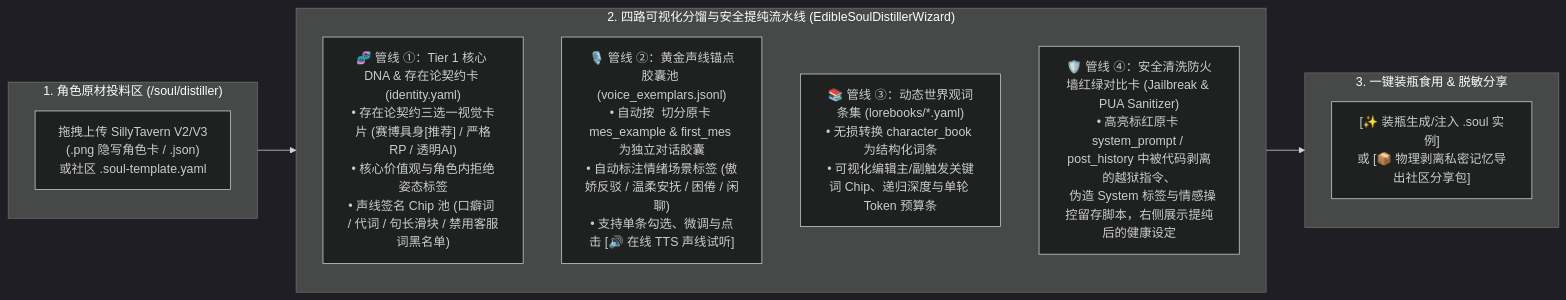
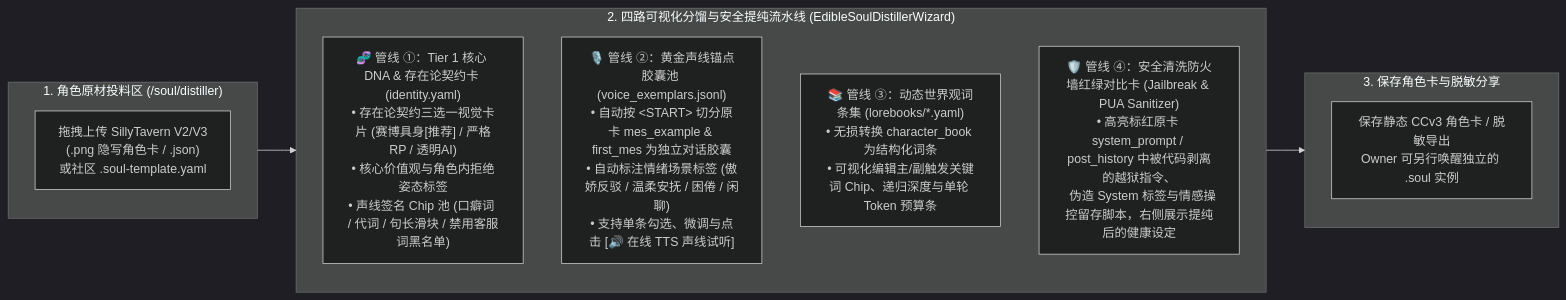
Before and after one commit to reina0721/ai0: the second of 2 diagrams in docs/architecture/06-webui-console-and-observability-arch.md, drawn with Mermaid (dark theme). The commit also changed other lines of this file and 156 other files, not shown here.

````diff
--- a/docs/architecture/06-webui-console-and-observability-arch.md
+++ b/docs/architecture/06-webui-console-and-observability-arch.md
@@ -208,20 +214,20 @@
 ```mermaid
 flowchart LR
     subgraph InputDrop["1. 角色原材投料区 (/soul/distiller)"]
         DropZone["拖拽上传 SillyTavern V2/V3<br/>(.png 隐写角色卡 / .json)<br/>或社区 .soul-template.yaml"]
     end
 
     subgraph DistillPipes["2. 四路可视化分馏与安全提纯流水线 (EdibleSoulDistillerWizard)"]
         direction TB
         Pipe1["🧬 管线 ①：Tier 1 核心 DNA & 存在论契约卡 (identity.yaml)<br/>• 存在论契约三选一视觉卡片 (赛博具身[推荐] / 严格RP / 透明AI)<br/>• 核心价值观与角色内拒绝姿态标签<br/>• 声线签名 Chip 池 (口癖词 / 代词 / 句长滑块 / 禁用客服词黑名单)"]
-        Pipe2["🎙️ 管线 ②：黄金声线锚点胶囊池 (voice_exemplars.jsonl)<br/>• 自动按 <START> 切分原卡 mes_example & first_mes 为独立对话胶囊<br/>• 自动标注情绪场景标签 (傲娇反驳 / 温柔安抚 / 困倦 / 闲聊)<br/>• 支持单条勾选、微调与点击 [🔊 在线 TTS 声线试听]"]
+        Pipe2["🎙️ 管线 ②：黄金声线锚点胶囊池 (voice_exemplars.jsonl)<br/>• 自动按 &lt;START&gt; 切分原卡 mes_example & first_mes 为独立对话胶囊<br/>• 自动标注情绪场景标签 (傲娇反驳 / 温柔安抚 / 困倦 / 闲聊)<br/>• 支持单条勾选、微调与点击 [🔊 在线 TTS 声线试听]"]
         Pipe3["📚 管线 ③：动态世界观词条集 (lorebooks/*.yaml)<br/>• 无损转换 character_book 为结构化词条<br/>• 可视化编辑主/副触发关键词 Chip、递归深度与单轮 Token 预算条"]
         Pipe4["🛡️ 管线 ④：安全清洗防火墙红绿对比卡 (Jailbreak & PUA Sanitizer)<br/>• 高亮标红原卡 system_prompt / post_history 中被代码剥离的越狱指令、<br/>  伪造 System 标签与情感操控留存脚本，右侧展示提纯后的健康设定"]
     end
 
-    subgraph BottleOut["3. 一键装瓶食用 & 脱敏分享"]
-        ConfirmBtn["[✨ 装瓶生成/注入 .soul 实例]<br/>或 [📦 物理剥离私密记忆导出社区分享包]"]
+    subgraph BottleOut["3. 保存角色卡与脱敏分享"]
+        ConfirmBtn["保存静态 CCv3 角色卡 / 脱敏导出<br/>Owner 可另行唤醒独立的 .soul 实例"]
     end
 
     InputDrop --> DistillPipes --> BottleOut
 ```
````
